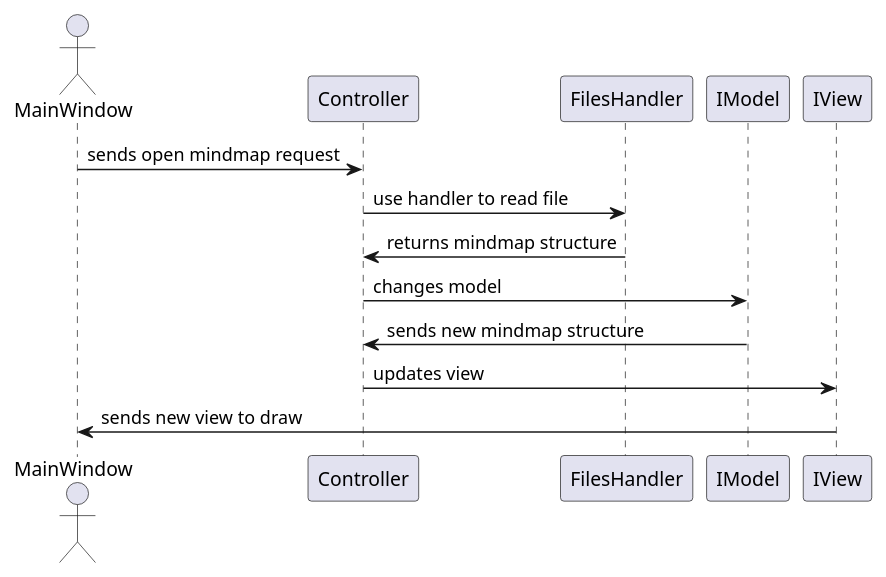
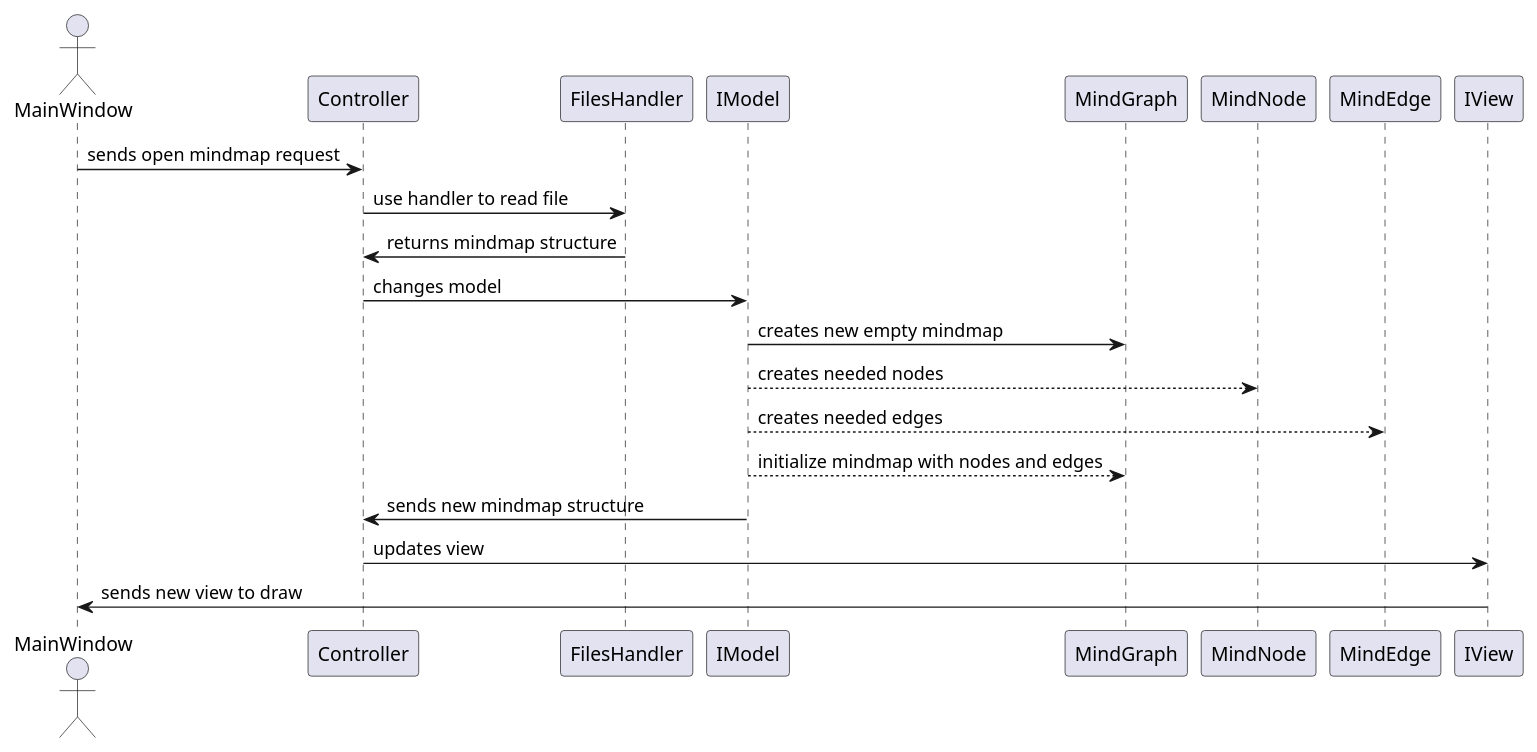
Before and after one commit to VidyakinIvan/Mind-maps-editor: the diagram in Docs/UML/SequenceOpenMindmap.pu, drawn with PlantUML.

Commit message:
Fix sequence diagram for open mindmap use case

```diff
--- a/Docs/UML/SequenceOpenMindmap.pu
+++ b/Docs/UML/SequenceOpenMindmap.pu
@@ -1,16 +1,23 @@
 @startuml
 Actor MainWindow as main
 Participant Controller as controller
 Participant FilesHandler as files
 Participant IModel as model
+Participant MindGraph as graph
+Participant MindNode as node
+Participant MindEdge as edge
 Participant IView as view
 
 
 main -> controller : sends open mindmap request
 controller -> files : use handler to read file
 files -> controller : returns mindmap structure
 controller -> model : changes model
+model -> graph : creates new empty mindmap
+model --> node : creates needed nodes
+model --> edge : creates needed edges
+model --> graph : initialize mindmap with nodes and edges
 model -> controller : sends new mindmap structure
 controller -> view : updates view
 view -> main : sends new view to draw
 @enduml
```
